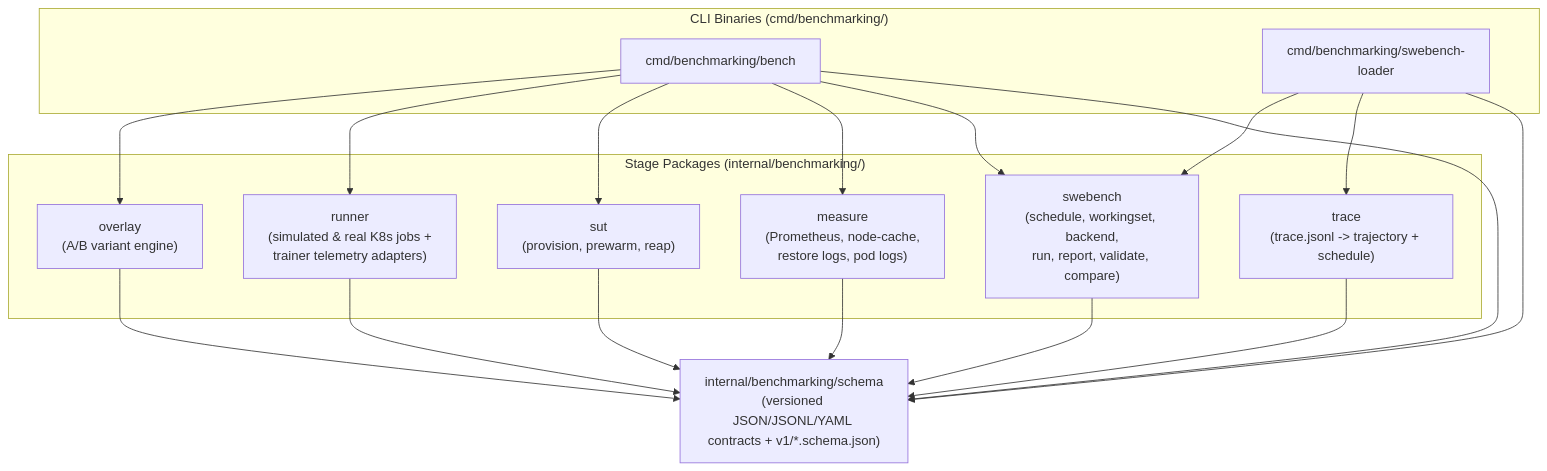
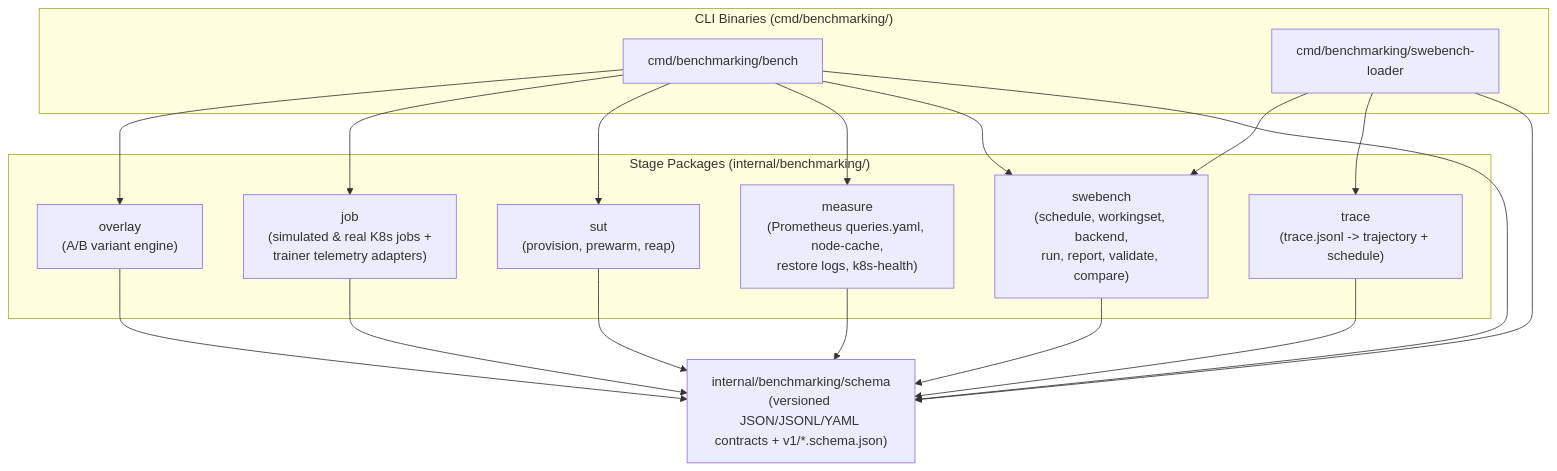
Before and after one commit to ai-on-gke/sandboxenv-rl: the first of 3 diagrams in internal/benchmarking/PLAN.md, drawn with Mermaid. The commit also changed other lines of this file, not shown here.

Commit message:
docs(benchmarking): add 8-PR implementation plan for DESIGN.md to sequence benchmarking roadmap

````diff
--- a/internal/benchmarking/PLAN.md
+++ b/internal/benchmarking/PLAN.md
@@ -117,27 +114,27 @@
 ```mermaid
 flowchart TD
     subgraph CLI ["CLI Binaries (cmd/benchmarking/)"]
         BENCH["cmd/benchmarking/bench"]
         LOADER["cmd/benchmarking/swebench-loader"]
     end
 
     subgraph Stages ["Stage Packages (internal/benchmarking/)"]
         OVERLAY["overlay\n(A/B variant engine)"]
-        RUNNER["runner\n(simulated & real K8s jobs +\ntrainer telemetry adapters)"]
+        JOB["job\n(simulated & real K8s jobs +\ntrainer telemetry adapters)"]
         SUT["sut\n(provision, prewarm, reap)"]
-        MEASURE["measure\n(Prometheus, node-cache,\nrestore logs, pod logs)"]
+        MEASURE["measure\n(Prometheus queries.yaml, node-cache,\nrestore logs, k8s-health)"]
         SWEBENCH["swebench\n(schedule, workingset, backend,\nrun, report, validate, compare)"]
         TRACE["trace\n(trace.jsonl -> trajectory + schedule)"]
     end
 
     SCHEMA["internal/benchmarking/schema\n(versioned JSON/JSONL/YAML contracts + v1/*.schema.json)"]
 
-    BENCH --> OVERLAY & RUNNER & SUT & MEASURE & SWEBENCH & SCHEMA
+    BENCH --> OVERLAY & JOB & SUT & MEASURE & SWEBENCH & SCHEMA
     LOADER --> SWEBENCH & TRACE & SCHEMA
     OVERLAY --> SCHEMA
-    RUNNER --> SCHEMA
+    JOB --> SCHEMA
     SUT --> SCHEMA
     MEASURE --> SCHEMA
     SWEBENCH --> SCHEMA
     TRACE --> SCHEMA
 ```
````
